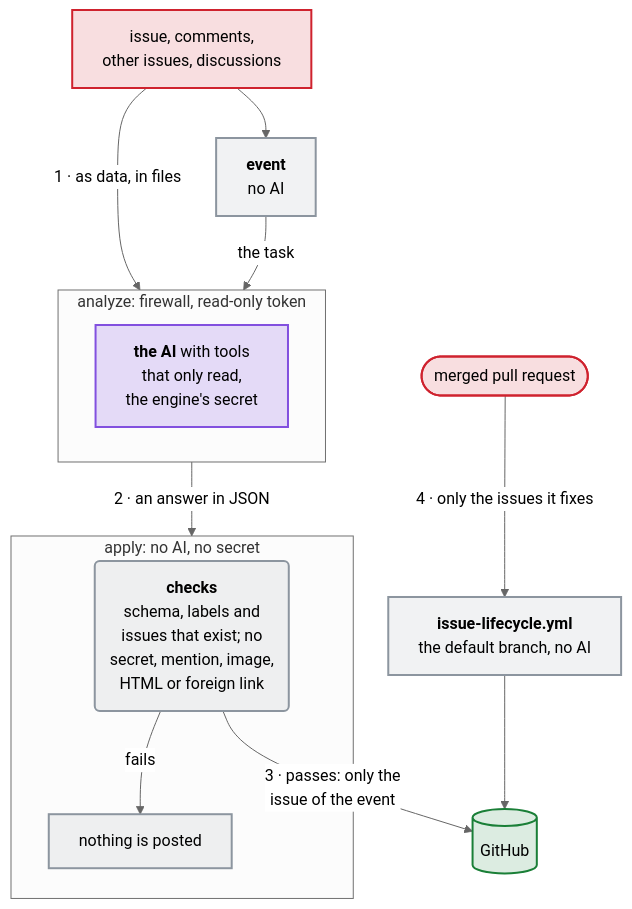
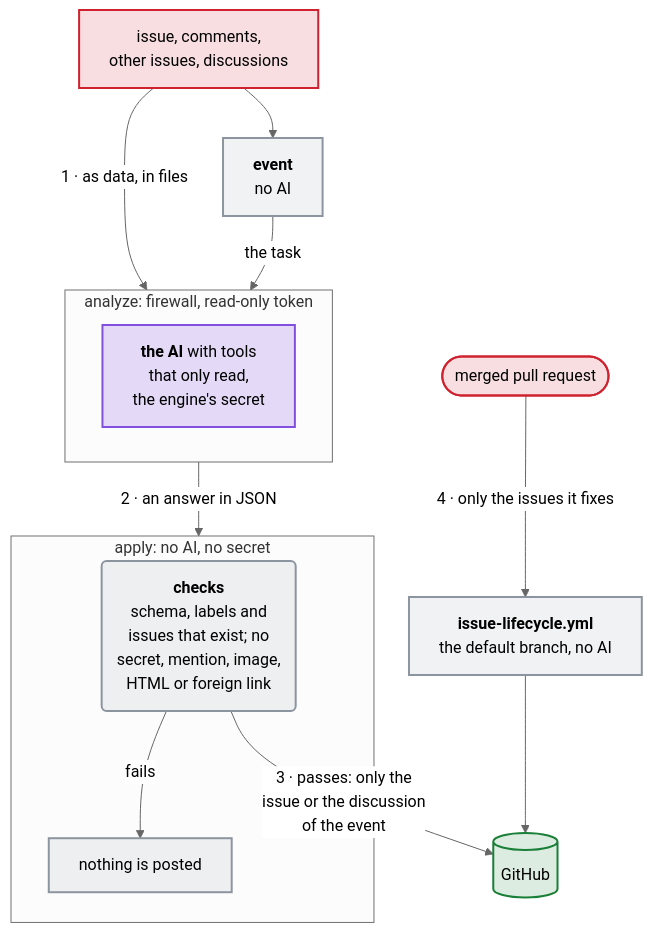
The diagram in docs/diagrams/the-trust-boundaries-of-the-issue-assistant.mmd (Dennis-Otto/issue-assistant), drawn with Mermaid (neutral theme) before and after one commit. The commit also changed 66 other files, not shown here.

First line of the commit message:
feat: a checked first answer for Q&A discussions (#144)

```diff
--- a/docs/diagrams/the-trust-boundaries-of-the-issue-assistant.mmd
+++ b/docs/diagrams/the-trust-boundaries-of-the-issue-assistant.mmd
@@ -1,29 +1,29 @@
 flowchart TB
   accTitle: The trust boundaries of the issue assistant
-  accDescr: Anyone can write an issue, its comments, other issues and discussions, and a pull request. The text reaches the event job, which runs no AI and chooses the task, and, as data in files, the job analyze: the first boundary. There the AI reads with tools that only read, behind a firewall, with a read-only token or none and the engine's secret. Its answer in JSON crosses the second boundary into the job apply, which runs no AI and holds no secret. Its checks want the schema, labels and issues that exist, and no secret, mention, image, HTML or foreign link. When they fail, nothing is posted; when they pass, apply writes to GitHub, only to the issue of the event: the third boundary. A merged pull request starts issue-lifecycle.yml on the default branch, without AI, which learns only the issues that it fixes, the fourth boundary, and writes to GitHub.
+  accDescr: Anyone can write an issue, its comments, other issues and discussions, and a pull request. The text reaches the event job, which runs no AI and chooses the task, and, as data in files, the job analyze: the first boundary. There the AI reads with tools that only read, behind a firewall, with a read-only token or none and the engine's secret. Its answer in JSON crosses the second boundary into the job apply, which runs no AI and holds no secret. Its checks want the schema, labels and issues that exist, and no secret, mention, image, HTML or foreign link. When they fail, nothing is posted; when they pass, apply writes to GitHub, only to the issue or the discussion of the event: the third boundary. A merged pull request starts issue-lifecycle.yml on the default branch, without AI, which learns only the issues that it fixes, the fourth boundary, and writes to GitHub.
   text["issue, comments,<br>other issues, discussions"]
   merged(["merged pull request"])
   event["`**event**<br>no AI`"]
   subgraph firewall ["analyze: firewall, read-only token"]
     analyze["`**the AI** with tools<br>that only read,<br>the engine's secret`"]
   end
   subgraph checked ["apply: no AI, no secret"]
     checks("`**checks**<br>schema, labels and<br>issues that exist; no<br>secret, mention, image,<br>HTML or foreign link`")
     refused["nothing is posted"]
   end
   text -- "1 · as data, in files" --> firewall
   text --> event
   event -- "the task" --> firewall
   firewall -- "2 · an answer in JSON" --> checked
   checks -- "fails" --> refused
-  checks -- "3 · passes: only the<br>issue of the event" --> github[("GitHub")]
+  checks -- "3 · passes: only the<br>issue or the discussion<br>of the event" --> github[("GitHub")]
   merged -- "4 · only the issues it fixes" --> lifecycle["`**issue-lifecycle.yml**<br>the default branch, no AI`"]
   lifecycle --> github
   classDef untrusted fill:#cf222e26,stroke:#cf222e,stroke-width:2px
   classDef ai fill:#8250df33,stroke:#8250df,stroke-width:2px
   classDef job fill:#8c959f1f,stroke:#8c959f,stroke-width:2px
   classDef safe fill:#1a7f3726,stroke:#1a7f37,stroke-width:2px
   class text,merged untrusted
   class analyze ai
   class event,lifecycle,checks,refused job
   class github safe
```
